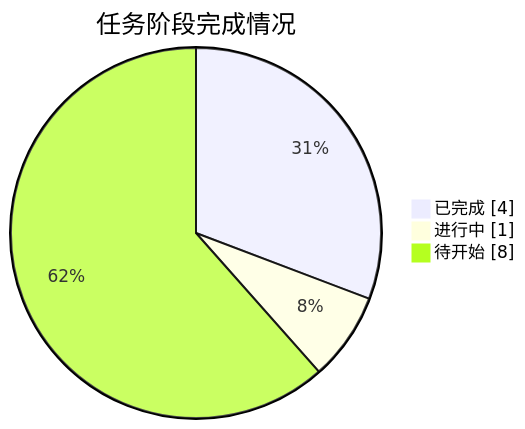
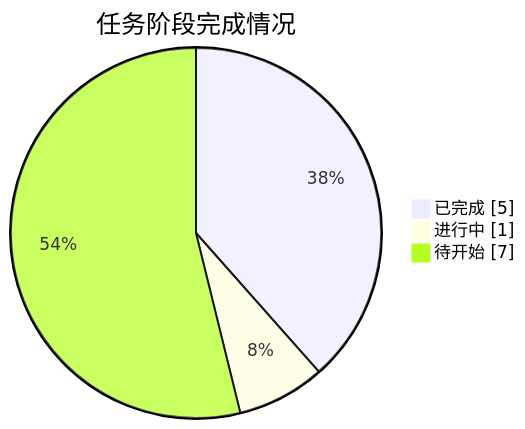
Before and after one commit to J-met77/AAW-mathorcup-2025-B-1: the diagram in README.md, drawn with Mermaid. The commit also changed other lines of this file and 15 other files, not shown here.

````diff
--- a/README.md
+++ b/README.md
@@ -27,7 +27,7 @@
 ```mermaid
 pie showData
     title 任务阶段完成情况
-    "已完成" : 4
+    "已完成" : 5
     "进行中" : 1
-    "待开始" : 8
+    "待开始" : 7
 ```
````
